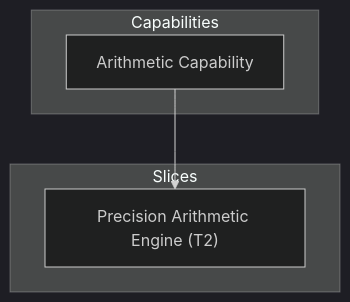
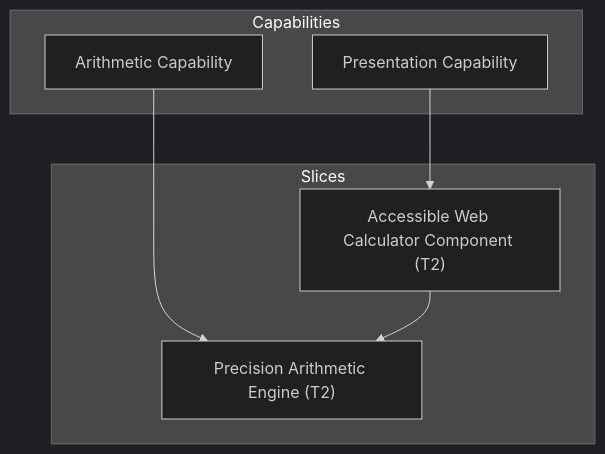
Before and after one commit to Z1-Test/calculator: the diagram in docs/specs/atlas.md, drawn with Mermaid (dark theme). The commit also changed 15 other files, not shown here.

````diff
--- a/docs/specs/atlas.md
+++ b/docs/specs/atlas.md
@@ -14,12 +14,16 @@
 ```mermaid
 flowchart TD
   subgraph Capabilities
     Arithmetic["Arithmetic Capability"]
+    Presentation["Presentation Capability"]
   end
 
   subgraph Slices
     Engine["Precision Arithmetic Engine (T2)"]
+    Component["Accessible Web Calculator Component (T2)"]
   end
 
   Arithmetic --> Engine
+  Presentation --> Component
+  Component --> Engine
 ```
````
